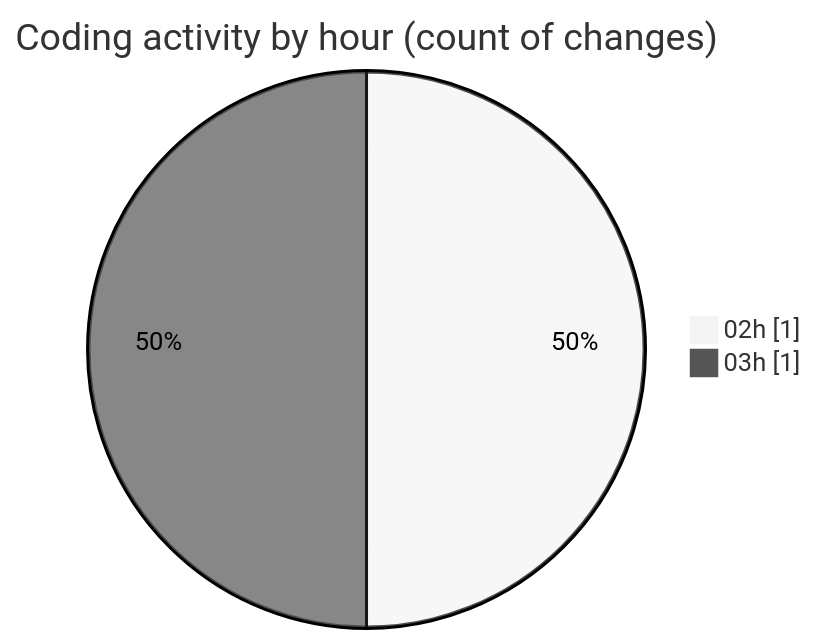
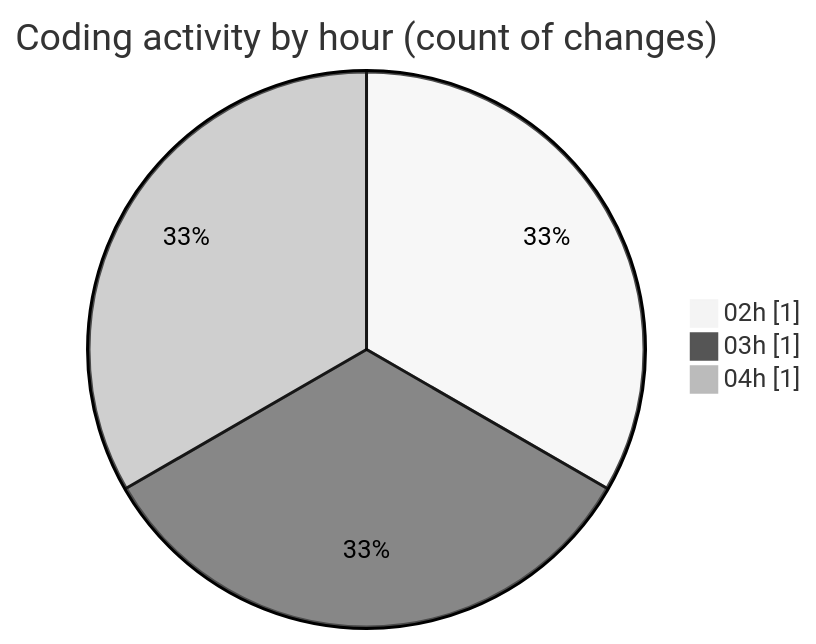
Before and after one commit to shibass792/code-tracking: the second of 2 diagrams in 2026-07-17/cubase_15_64/README.md, drawn with Mermaid (neutral theme). The commit also changed other lines of this file and 1 other file, not shown here.

````diff
--- a/2026-07-17/cubase_15_64/README.md
+++ b/2026-07-17/cubase_15_64/README.md
@@ -28,6 +28,7 @@
 ```mermaid
 pie showData
 title Coding activity by hour (count of changes)
 "02h" : 1
 "03h" : 1
+"04h" : 1
 ```
````
